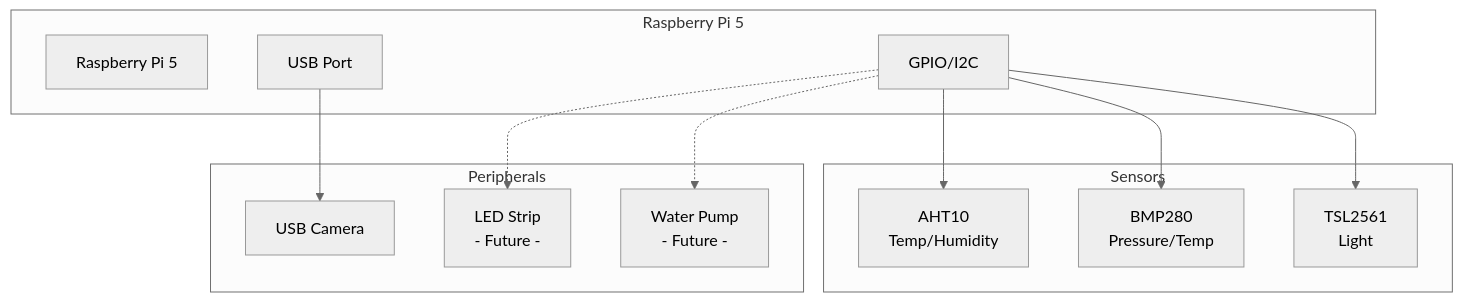
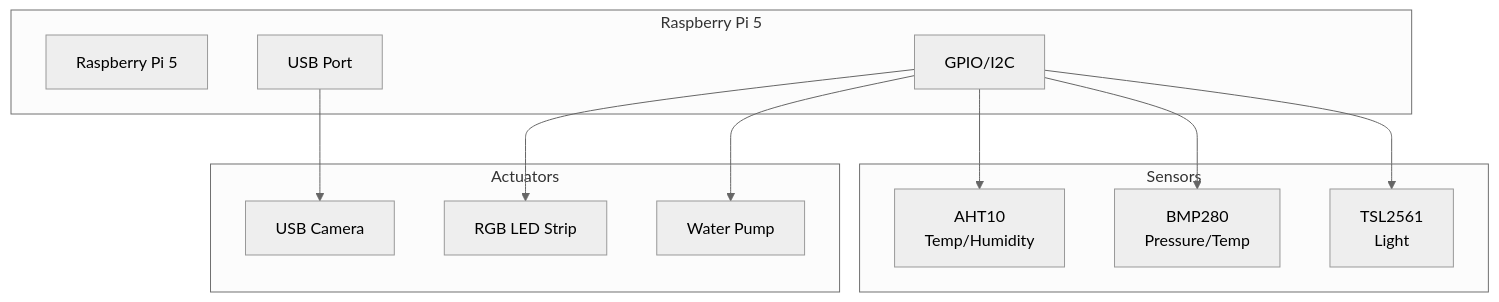
The first of 6 diagrams in docs/architecture/diagrams.md (GreenThumbProject/docs), drawn with Mermaid (neutral theme) before and after one commit. The commit also changed other lines of this file and 17 other files, not shown here.

````diff
--- a/docs/architecture/diagrams.md
+++ b/docs/architecture/diagrams.md
@@ -7,27 +7,27 @@
 ```mermaid
 graph TB
     subgraph "Raspberry Pi 5"
         RPI[Raspberry Pi 5]
         GPIO[GPIO/I2C]
         USB[USB Port]
     end
     
     subgraph "Sensors"
         AHT[AHT10<br/>Temp/Humidity]
         BMP[BMP280<br/>Pressure/Temp]
         TSL[TSL2561<br/>Light]
     end
     
-    subgraph "Peripherals"
+    subgraph "Actuators"
         CAM[USB Camera]
-        LED[LED Strip<br/>- Future -]
-        PUMP[Water Pump<br/>- Future -]
+        LED[RGB LED Strip]
+        PUMP[Water Pump]
     end
     
     GPIO --> AHT
     GPIO --> BMP
     GPIO --> TSL
     USB --> CAM
-    GPIO -.-> LED
-    GPIO -.-> PUMP
+    GPIO --> LED
+    GPIO --> PUMP
 ```
````
